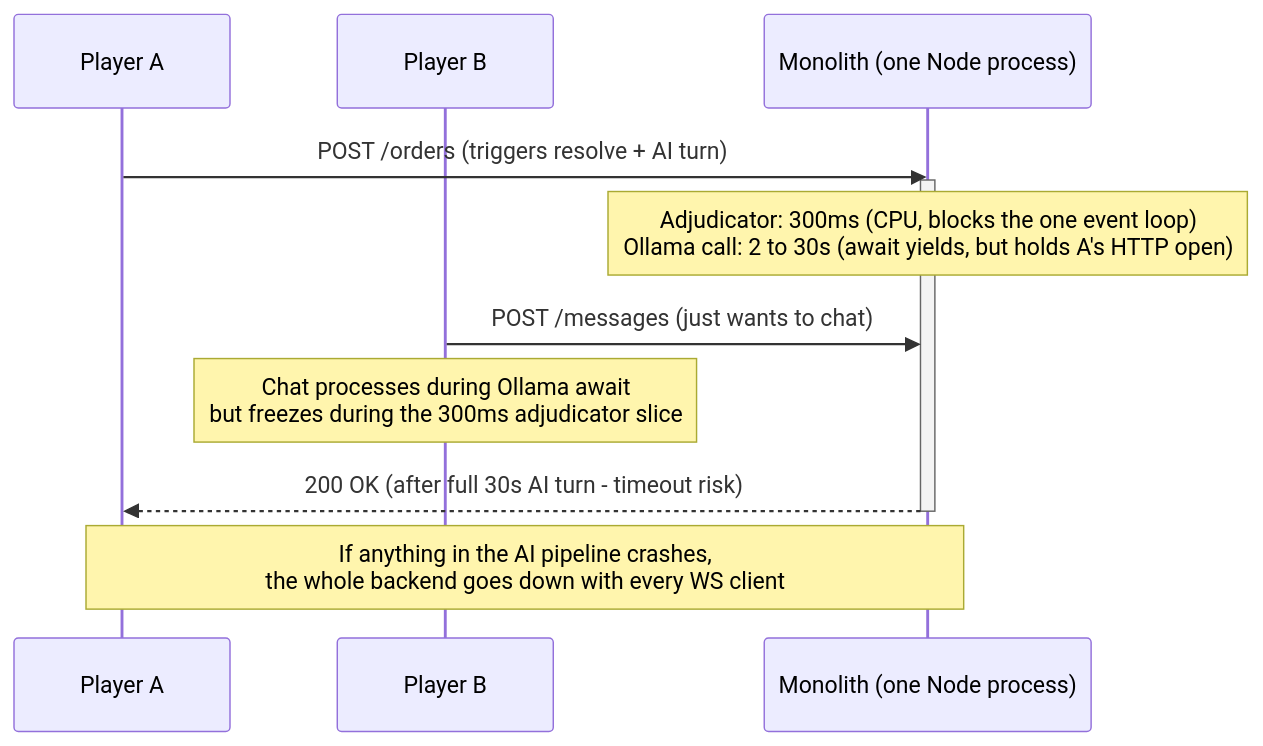
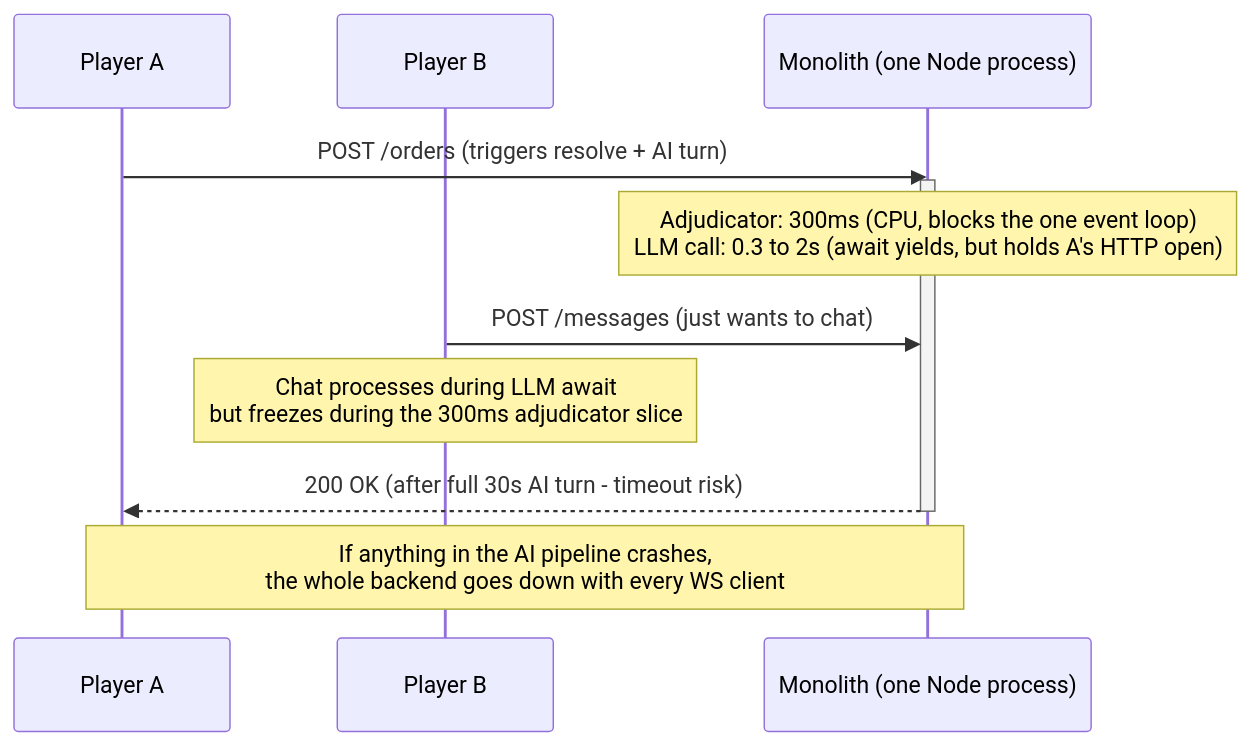
The first of 18 diagrams in MilestoneSubmissions/DESIGN_DOC.md (The-Diplomats/Diplomacy), drawn with Mermaid before and after one commit. The commit also changed other lines of this file and 9 other files, not shown here.

````diff
--- a/MilestoneSubmissions/DESIGN_DOC.md
+++ b/MilestoneSubmissions/DESIGN_DOC.md
@@ -26,14 +24,14 @@
 ```mermaid
 sequenceDiagram
     participant A as Player A
     participant B as Player B
     participant M as Monolith (one Node process)
     A->>M: POST /orders (triggers resolve + AI turn)
     activate M
-    Note over M: Adjudicator: 300ms (CPU, blocks the one event loop)<br/>Ollama call: 2 to 30s (await yields, but holds A's HTTP open)
+    Note over M: Adjudicator: 300ms (CPU, blocks the one event loop)<br/>LLM call: 0.3 to 2s (await yields, but holds A's HTTP open)
     B->>M: POST /messages (just wants to chat)
-    Note over B: Chat processes during Ollama await<br/>but freezes during the 300ms adjudicator slice
+    Note over B: Chat processes during LLM await<br/>but freezes during the 300ms adjudicator slice
     M-->>A: 200 OK (after full 30s AI turn - timeout risk)
     deactivate M
     Note over A,M: If anything in the AI pipeline crashes,<br/>the whole backend goes down with every WS client
 ```
````
